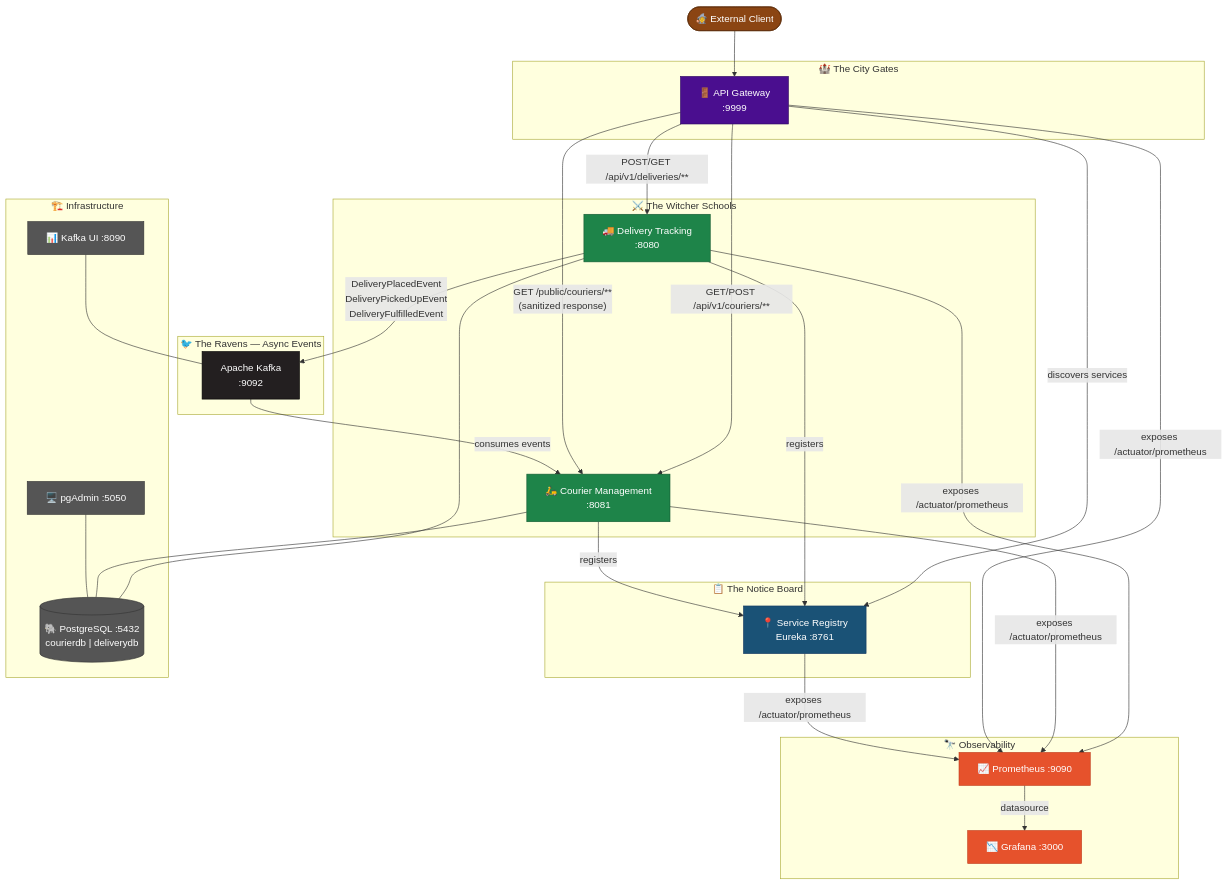
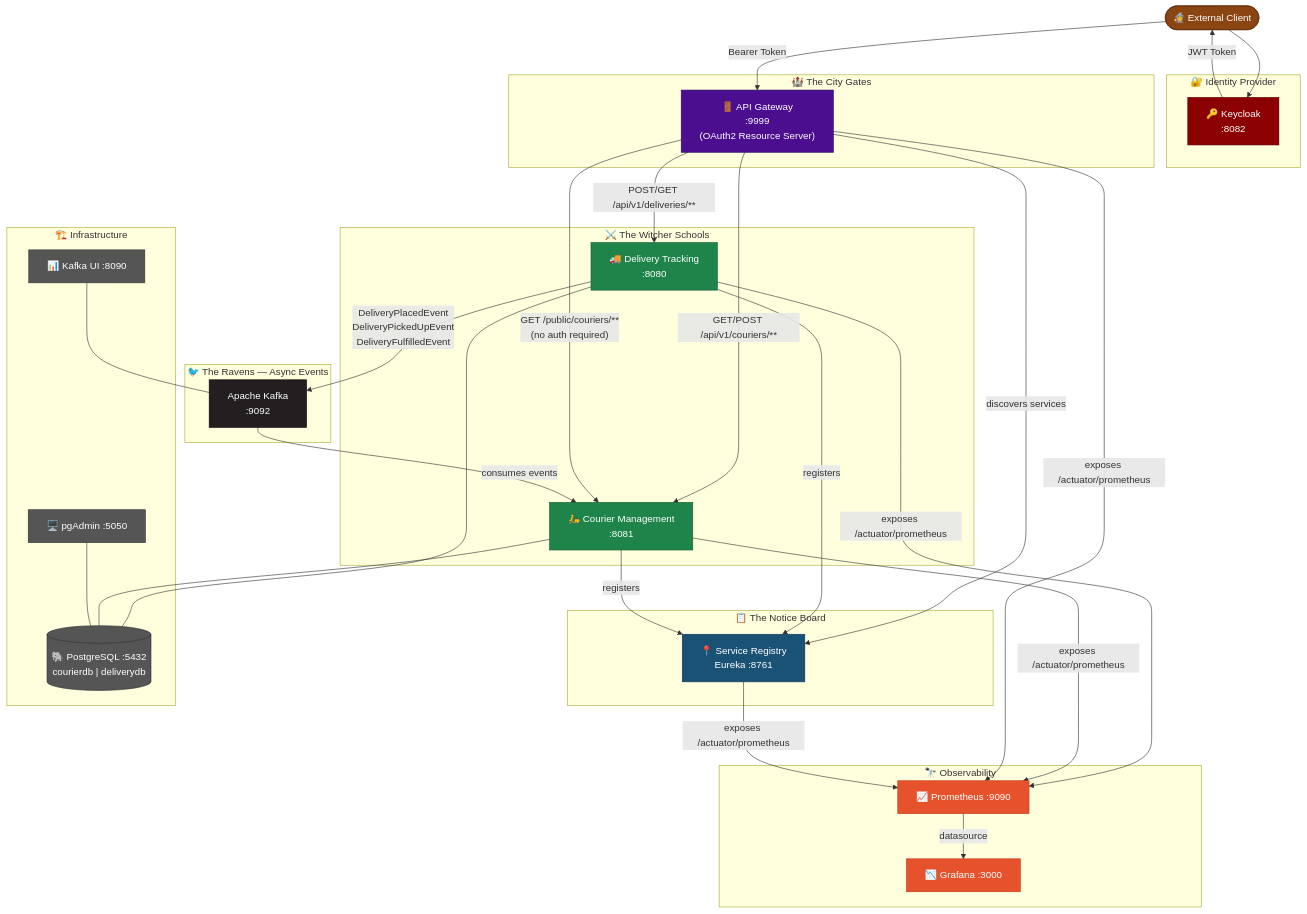
One commit to weritonpetreca/petrecadelivery changed the diagram in README.md. Above: the diagram before and after it, drawn with Mermaid. The commit also changed other lines of this file and 6 other files, not shown here.

Commit message:
feat(sec): Add OAuth2 security with Keycloak using JWT (#4)

````diff
--- a/README.md
+++ b/README.md
@@ -38,63 +40,71 @@
 ```mermaid
 graph TD
-    Client(["🧙 External Client"]):::client --> GW
+    Client(["🧙 External Client"]):::client --> KC
+    
+    subgraph "🔐 Identity Provider"
+        KC["🔑 Keycloak\n:8082"]:::security
+    end
+    
+    KC -- "JWT Token" --> Client
+    Client -- "Bearer Token" --> GW
 
     subgraph "🏰 The City Gates"
-        GW["🚪 API Gateway\n:9999"]:::gateway
+        GW["🚪 API Gateway\n:9999\n(OAuth2 Resource Server)"]:::gateway
     end
 
     subgraph "📋 The Notice Board"
         SR["📍 Service Registry\nEureka :8761"]:::registry
     end
 
     GW -- "discovers services" --> SR
 
     subgraph "⚔️ The Witcher Schools"
         DT["🚚 Delivery Tracking\n:8080"]:::service
         CM["🛵 Courier Management\n:8081"]:::service
     end
 
     DT -- "registers" --> SR
     CM -- "registers" --> SR
 
     GW -- "POST/GET /api/v1/deliveries/**" --> DT
     GW -- "GET/POST /api/v1/couriers/**" --> CM
-    GW -- "GET /public/couriers/**\n(sanitized response)" --> CM
+    GW -- "GET /public/couriers/**\n(no auth required)" --> CM
 
     subgraph "🐦 The Ravens — Async Events"
         K["Apache Kafka\n:9092"]:::kafka
     end
 
     DT -- "DeliveryPlacedEvent\nDeliveryPickedUpEvent\nDeliveryFulfilledEvent" --> K
     K -- "consumes events" --> CM
 
     subgraph "🏗️ Infrastructure"
         PG[("🐘 PostgreSQL :5432\ncourierdb | deliverydb")]:::infra
         PGA["🖥️ pgAdmin :5050"]:::infra
         KUI["📊 Kafka UI :8090"]:::infra
     end
 
     subgraph "🔭 Observability"
         PROM["📈 Prometheus :9090"]:::observability
         GRAF["📉 Grafana :3000"]:::observability
     end
 
     DT --- PG
     CM --- PG
     PGA --- PG
     KUI --- K
 
     DT -- "exposes /actuator/prometheus" --> PROM
     CM -- "exposes /actuator/prometheus" --> PROM
     GW -- "exposes /actuator/prometheus" --> PROM
     SR -- "exposes /actuator/prometheus" --> PROM
     PROM -- "datasource" --> GRAF
 
     classDef client fill:#8B4513,color:#fff,stroke:#5C2D0A
+    classDef security fill:#8B0000,color:#fff,stroke:#5C0000
     classDef gateway fill:#4A0E8F,color:#fff,stroke:#2D0860
     classDef registry fill:#1A5276,color:#fff,stroke:#0E3460
     classDef service fill:#1E8449,color:#fff,stroke:#145A32
     classDef kafka fill:#231F20,color:#fff,stroke:#000
     classDef infra fill:#555,color:#fff,stroke:#333
     classDef observability fill:#E6522C,color:#fff,stroke:#C13C1A
 ```
````
